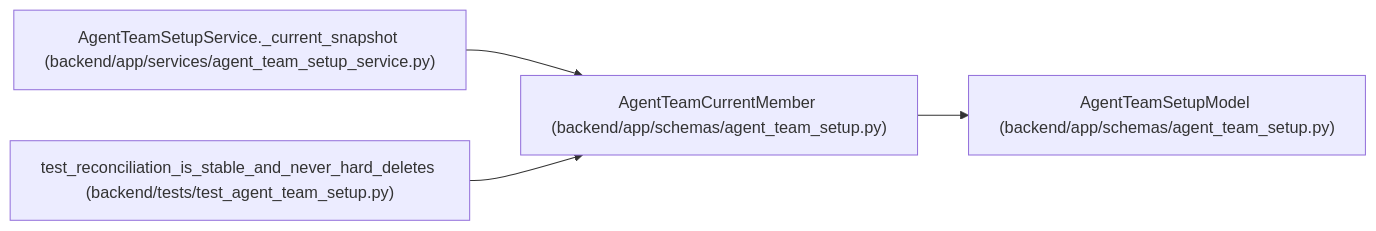
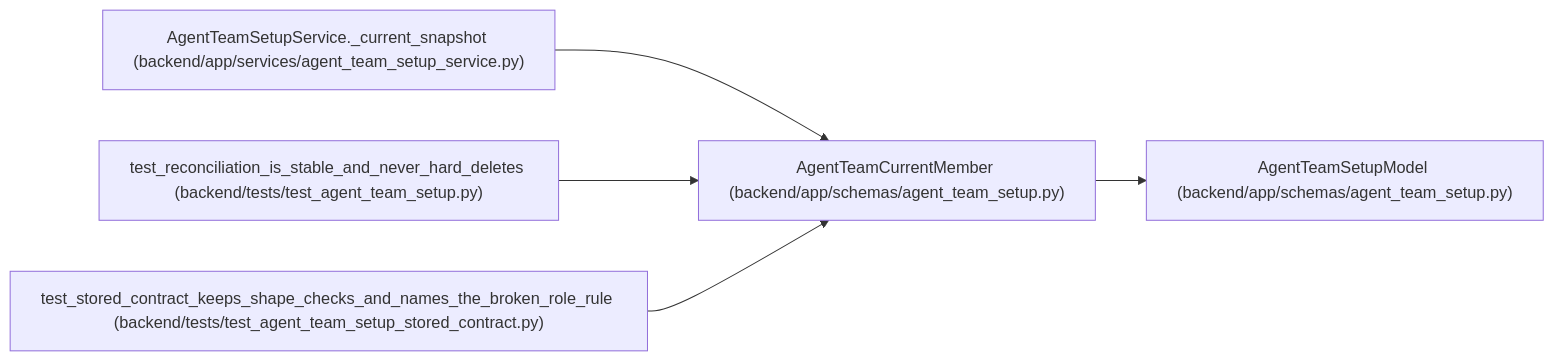
One commit to Denissvgn/WorkChord changed the diagram in docs/llm_wiki/entities/AgentTeamCurrentMember.md. Above: the diagram before and after it, drawn with Mermaid. The commit also changed other lines of this file and 829 other files, not shown here.

Commit message:
docs(wiki): refresh for team contracts stored under earlier role rules

````diff
--- a/docs/llm_wiki/entities/AgentTeamCurrentMember.md
+++ b/docs/llm_wiki/entities/AgentTeamCurrentMember.md
@@ -31,14 +31,17 @@
 ```mermaid
 flowchart LR
     n0["AgentTeamCurrentMember (backend/app/schemas/agent_team_setup.py)"]
     n1["AgentTeamSetupModel (backend/app/schemas/agent_team_setup.py)"]
     n2["AgentTeamSetupService._current_snapshot (backend/app/services/agent_team_setup_service.py)"]
     n3["test_reconciliation_is_stable_and_never_hard_deletes (backend/tests/test_agent_team_setup.py)"]
+    n4["test_stored_contract_keeps_shape_checks_and_names_the_broken_role_rule (backend/tests/test_agent_team_setup_stored_contract.py)"]
     n0 --> n1
     n2 --> n0
     n3 --> n0
+    n4 --> n0
     click n0 "../modules/agent_team_setup.md"
     click n1 "../modules/agent_team_setup.md"
     click n2 "../modules/agent_team_setup_service.md"
     click n3 "../modules/test_agent_team_setup.md"
+    click n4 "../modules/test_agent_team_setup_stored_contract.md"
 ```
````
